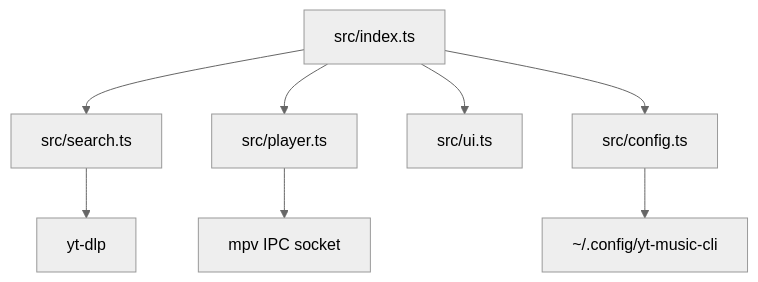
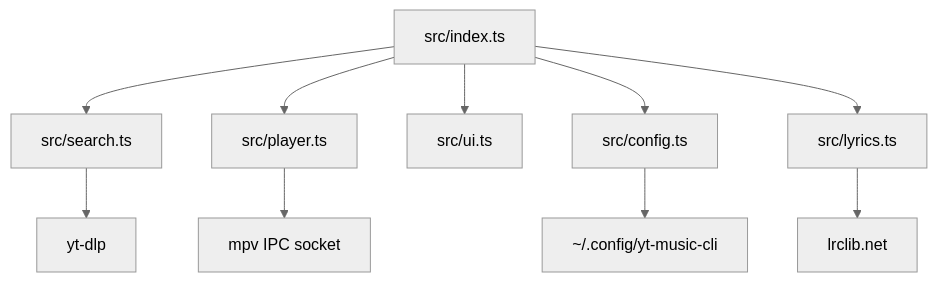
One commit to selahattinunlu/yt-music-cli changed the diagram in knowledge-base/Architecture.md. Above: the diagram before and after it, drawn with Mermaid (neutral theme). The commit also changed other lines of this file and 4 other files, not shown here.

````diff
--- a/knowledge-base/Architecture.md
+++ b/knowledge-base/Architecture.md
@@ -13,10 +13,12 @@
 ```mermaid
 flowchart TD
     A[src/index.ts] --> B[src/search.ts]
     A --> C[src/player.ts]
     A --> D[src/ui.ts]
     A --> E[src/config.ts]
+    A --> L[src/lyrics.ts]
     E --> F[~/.config/yt-music-cli]
     B --> G[yt-dlp]
     C --> H[mpv IPC socket]
+    L --> I[lrclib.net]
 ```
````
